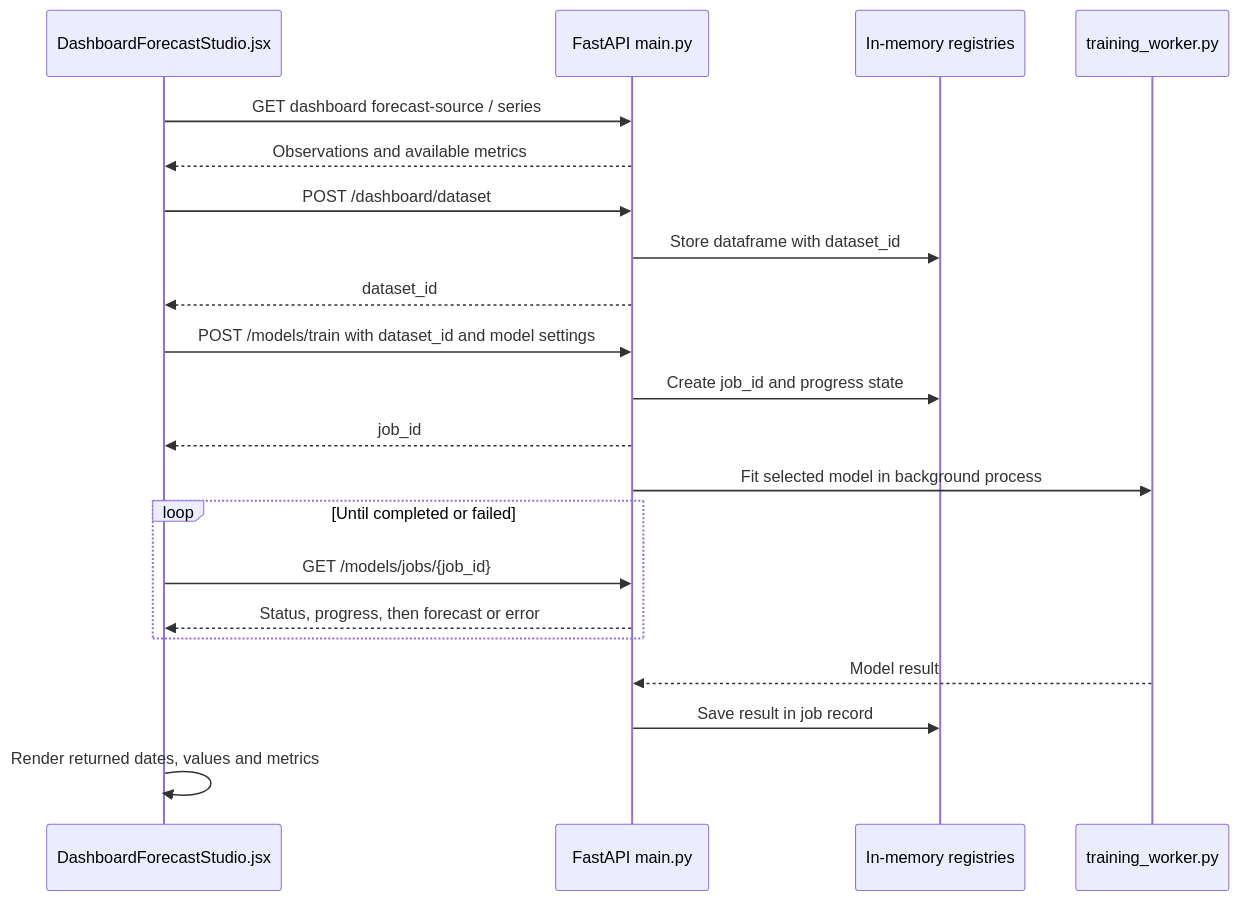
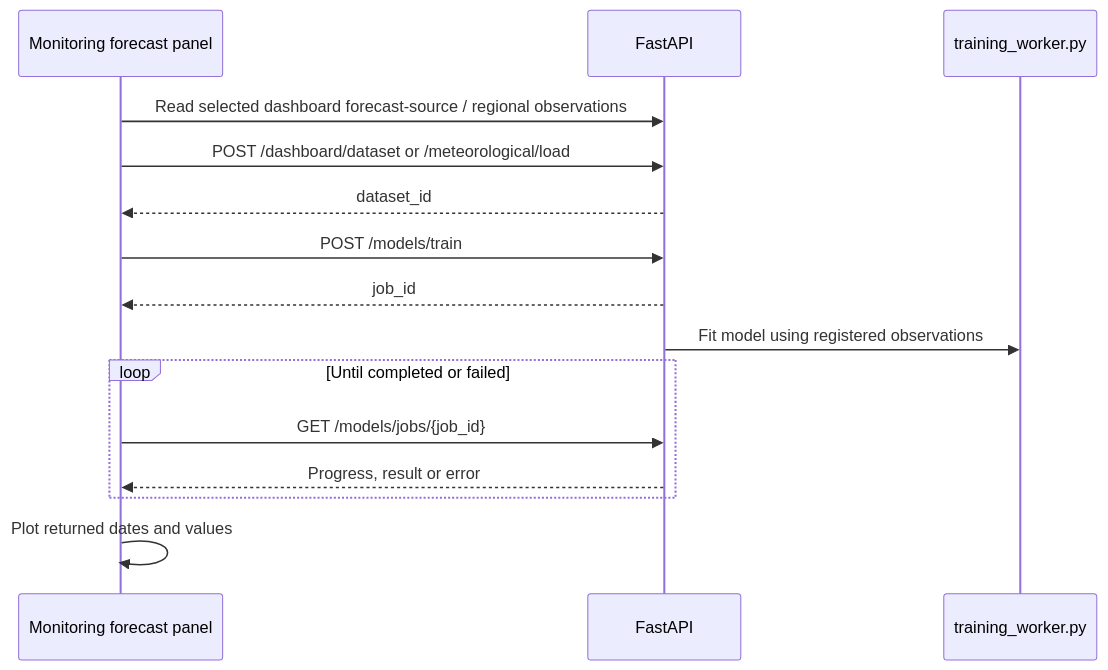
Before and after one commit to Ntuthuko55/niwis-v4-: the second of 2 diagrams in output/deployment-audit/System-Flow.md, drawn with Mermaid. The commit also changed other lines of this file and 195 other files, not shown here.

````diff
--- a/output/deployment-audit/System-Flow.md
+++ b/output/deployment-audit/System-Flow.md
@@ -98,23 +59,17 @@
 ```mermaid
 sequenceDiagram
-    participant UI as DashboardForecastStudio.jsx
-    participant API as FastAPI main.py
-    participant Memory as In-memory registries
+    participant UI as Monitoring forecast panel
+    participant API as FastAPI
     participant Worker as training_worker.py
-    UI->>API: GET dashboard forecast-source / series
-    API-->>UI: Observations and available metrics
-    UI->>API: POST /dashboard/dataset
-    API->>Memory: Store dataframe with dataset_id
+    UI->>API: Read selected dashboard forecast-source / regional observations
+    UI->>API: POST /dashboard/dataset or /meteorological/load
     API-->>UI: dataset_id
-    UI->>API: POST /models/train with dataset_id and model settings
-    API->>Memory: Create job_id and progress state
+    UI->>API: POST /models/train
     API-->>UI: job_id
-    API->>Worker: Fit selected model in background process
+    API->>Worker: Fit model using registered observations
     loop Until completed or failed
         UI->>API: GET /models/jobs/{job_id}
-        API-->>UI: Status, progress, then forecast or error
+        API-->>UI: Progress, result or error
     end
-    Worker-->>API: Model result
-    API->>Memory: Save result in job record
-    UI->>UI: Render returned dates, values and metrics
+    UI->>UI: Plot returned dates and values
 ```
````
